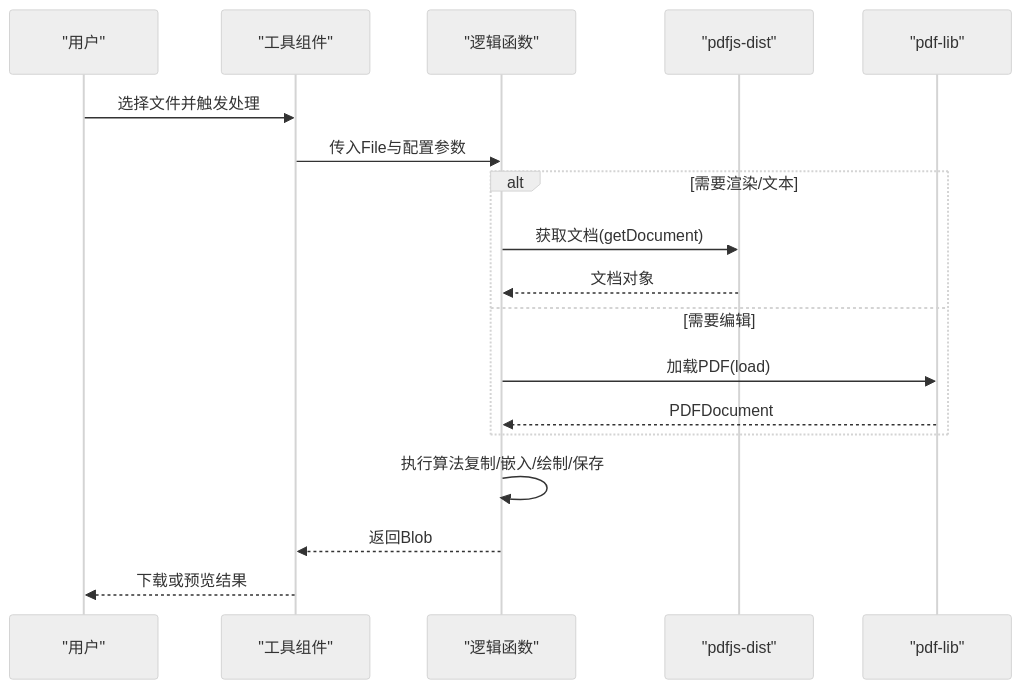
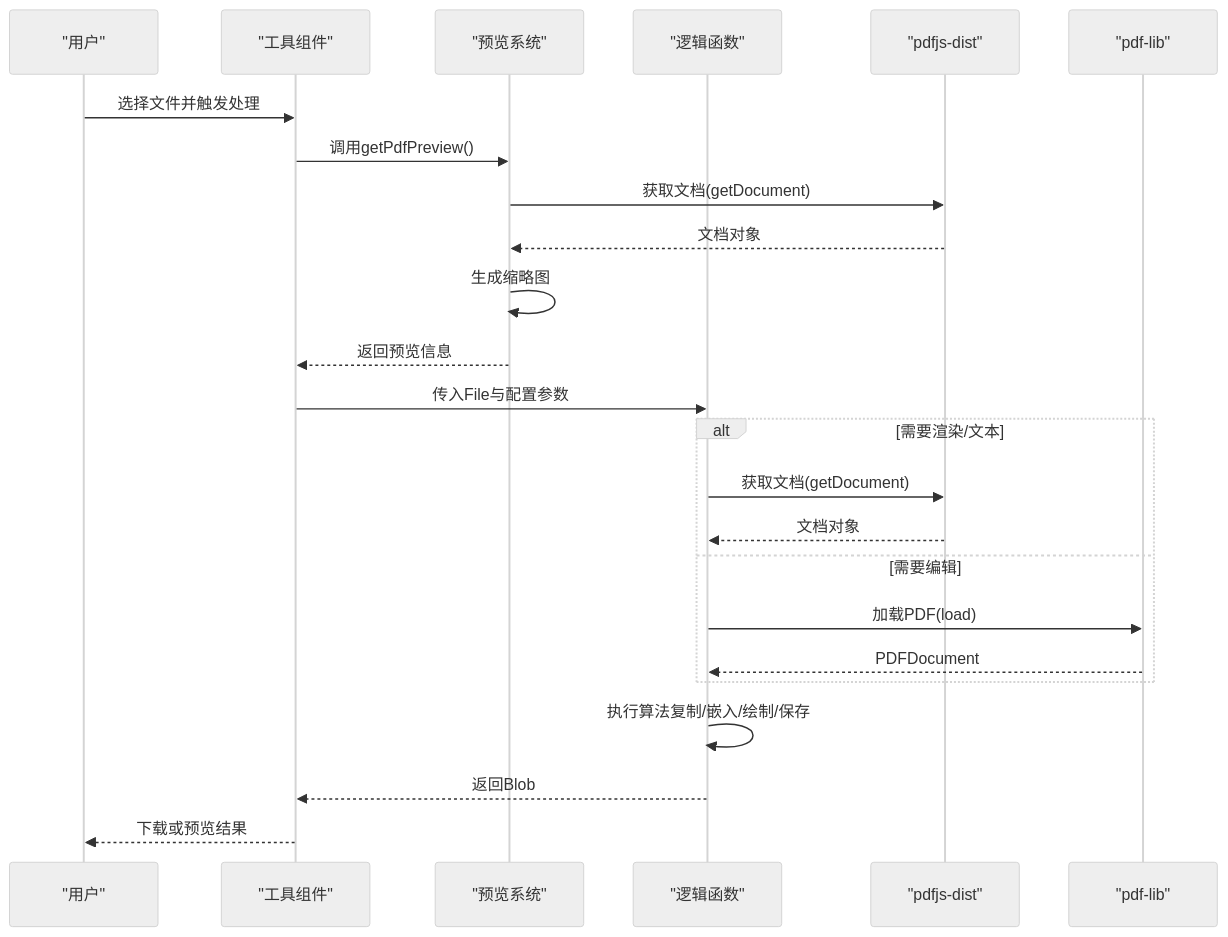
The third of 4 diagrams in .qoder/repowiki/zh/content/PDF工具/PDF工具.md (sgyy/privadeck), drawn with Mermaid (neutral theme) before and after one commit. The commit also changed other lines of this file and 27 other files, not shown here.

````diff
--- a/.qoder/repowiki/zh/content/PDF工具/PDF工具.md
+++ b/.qoder/repowiki/zh/content/PDF工具/PDF工具.md
@@ -144,20 +211,26 @@
 ```mermaid
 sequenceDiagram
 participant U as "用户"
 participant C as "工具组件"
+participant P as "预览系统"
 participant L as "逻辑函数"
 participant PJ as "pdfjs-dist"
 participant PL as "pdf-lib"
 U->>C : 选择文件并触发处理
+C->>P : 调用getPdfPreview()
+P->>PJ : 获取文档(getDocument)
+PJ-->>P : 文档对象
+P->>P : 生成缩略图
+P-->>C : 返回预览信息
 C->>L : 传入File与配置参数
 alt 需要渲染/文本
 L->>PJ : 获取文档(getDocument)
 PJ-->>L : 文档对象
 else 需要编辑
 L->>PL : 加载PDF(load)
 PL-->>L : PDFDocument
 end
 L->>L : 执行算法复制/嵌入/绘制/保存
 L-->>C : 返回Blob
 C-->>U : 下载或预览结果
 ```
````
